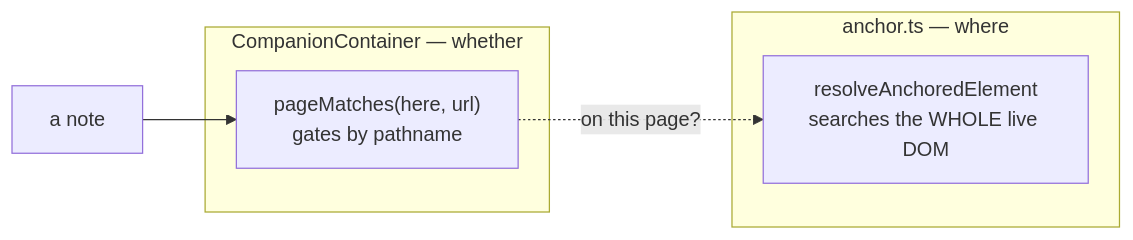
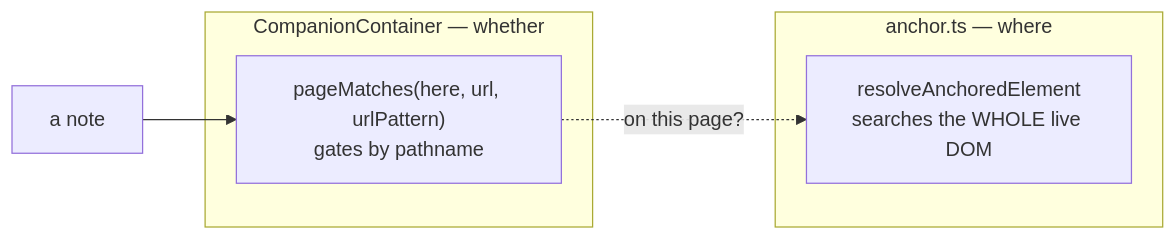
One commit to Sanjay-George/document.io changed the third of 3 diagrams in docs/anchoring.md. Above: the diagram before and after it, drawn with Mermaid. The commit also changed other lines of this file and 10 other files, not shown here.

````diff
--- a/docs/anchoring.md
+++ b/docs/anchoring.md
@@ -140,10 +140,10 @@
 ```mermaid
 flowchart LR
     subgraph resolve["anchor.ts — where"]
         r["resolveAnchoredElement<br/>searches the WHOLE live DOM"]
     end
     subgraph scope["CompanionContainer — whether"]
-        p["pageMatches(here, url)<br/>gates by pathname"]
+        p["pageMatches(here, url, urlPattern)<br/>gates by pathname"]
     end
     note["a note"] --> p -.->|"on this page?"| r
 ```
````
